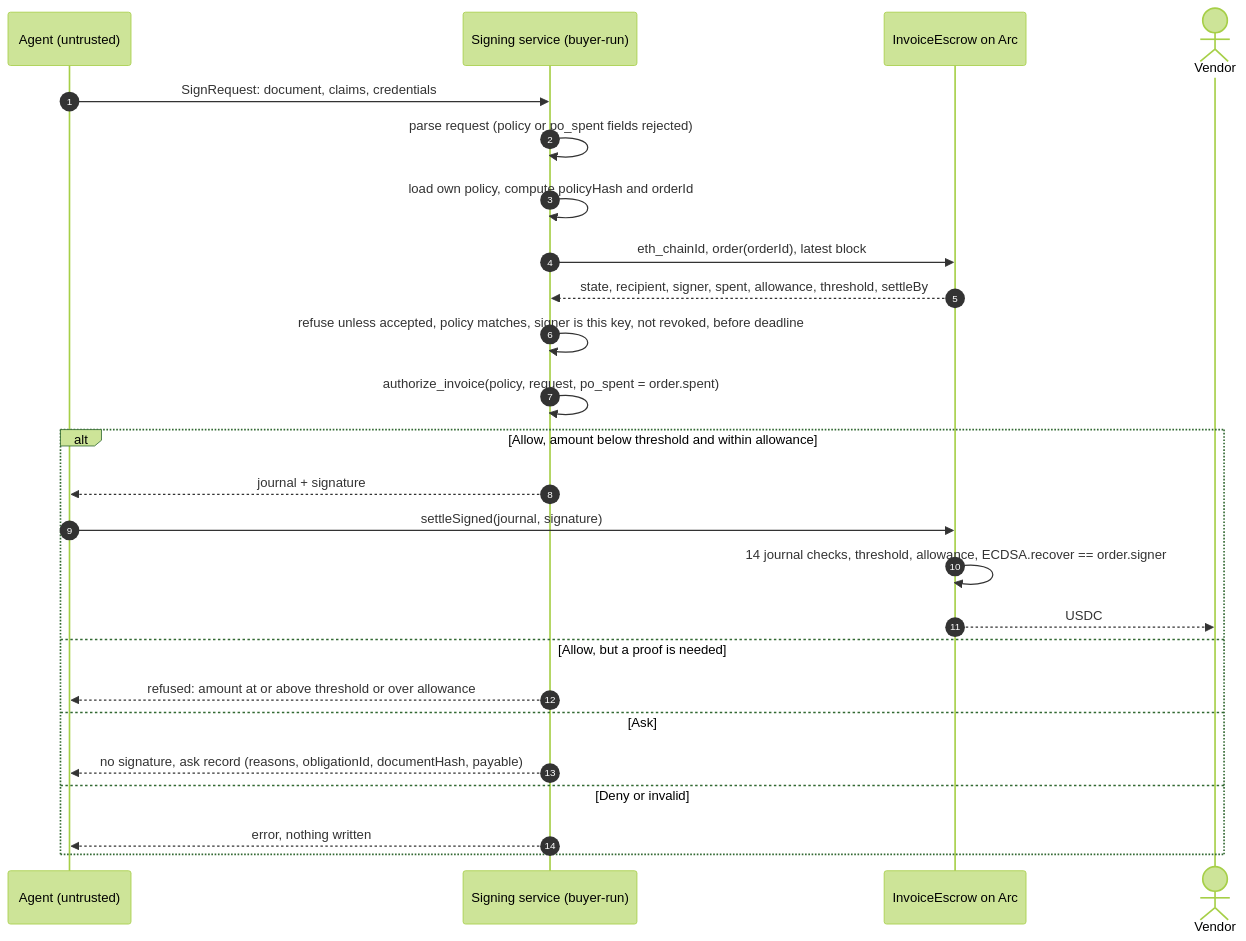
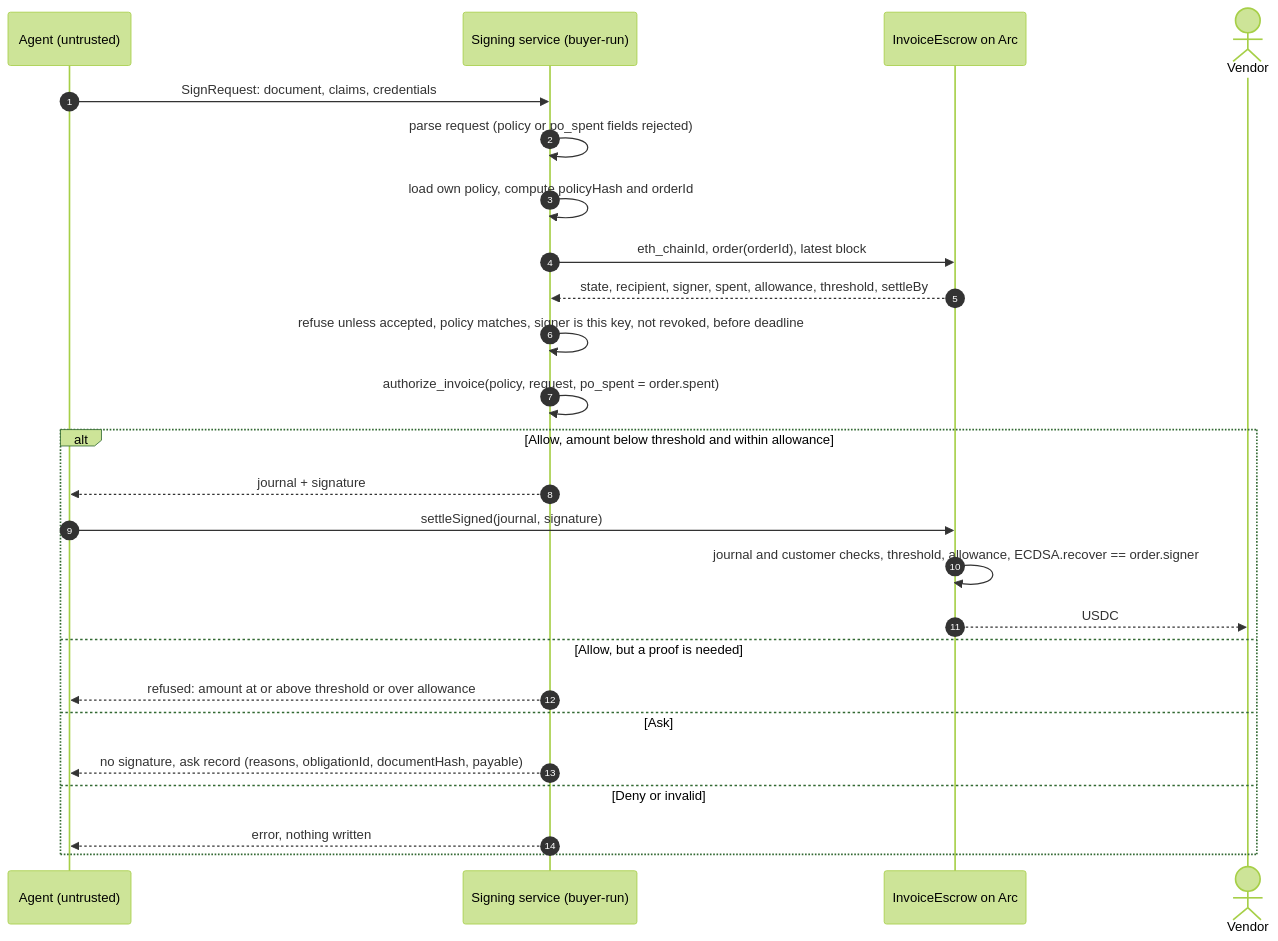
Before and after one commit to mnemonik-xyz/policy-execution: the first of 2 diagrams in invoice-escrow.md, drawn with Mermaid (forest theme). The commit also changed other lines of this file and 22 other files, not shown here.

````diff
--- a/invoice-escrow.md
+++ b/invoice-escrow.md
@@ -64,27 +113,27 @@
 ```mermaid
 sequenceDiagram
     autonumber
     participant Agent as Agent (untrusted)
     participant Service as Signing service (buyer-run)
     participant Chain as InvoiceEscrow on Arc
     actor Vendor
     Agent->>Service: SignRequest: document, claims, credentials
     Service->>Service: parse request (policy or po_spent fields rejected)
     Service->>Service: load own policy, compute policyHash and orderId
     Service->>Chain: eth_chainId, order(orderId), latest block
     Chain-->>Service: state, recipient, signer, spent, allowance, threshold, settleBy
     Service->>Service: refuse unless accepted, policy matches, signer is this key, not revoked, before deadline
     Service->>Service: authorize_invoice(policy, request, po_spent = order.spent)
     alt Allow, amount below threshold and within allowance
         Service-->>Agent: journal + signature
         Agent->>Chain: settleSigned(journal, signature)
-        Chain->>Chain: 14 journal checks, threshold, allowance, ECDSA.recover == order.signer
+        Chain->>Chain: journal and customer checks, threshold, allowance, ECDSA.recover == order.signer
         Chain-->>Vendor: USDC
     else Allow, but a proof is needed
         Service-->>Agent: refused: amount at or above threshold or over allowance
     else Ask
         Service-->>Agent: no signature, ask record (reasons, obligationId, documentHash, payable)
     else Deny or invalid
         Service-->>Agent: error, nothing written
     end
 ```
````
